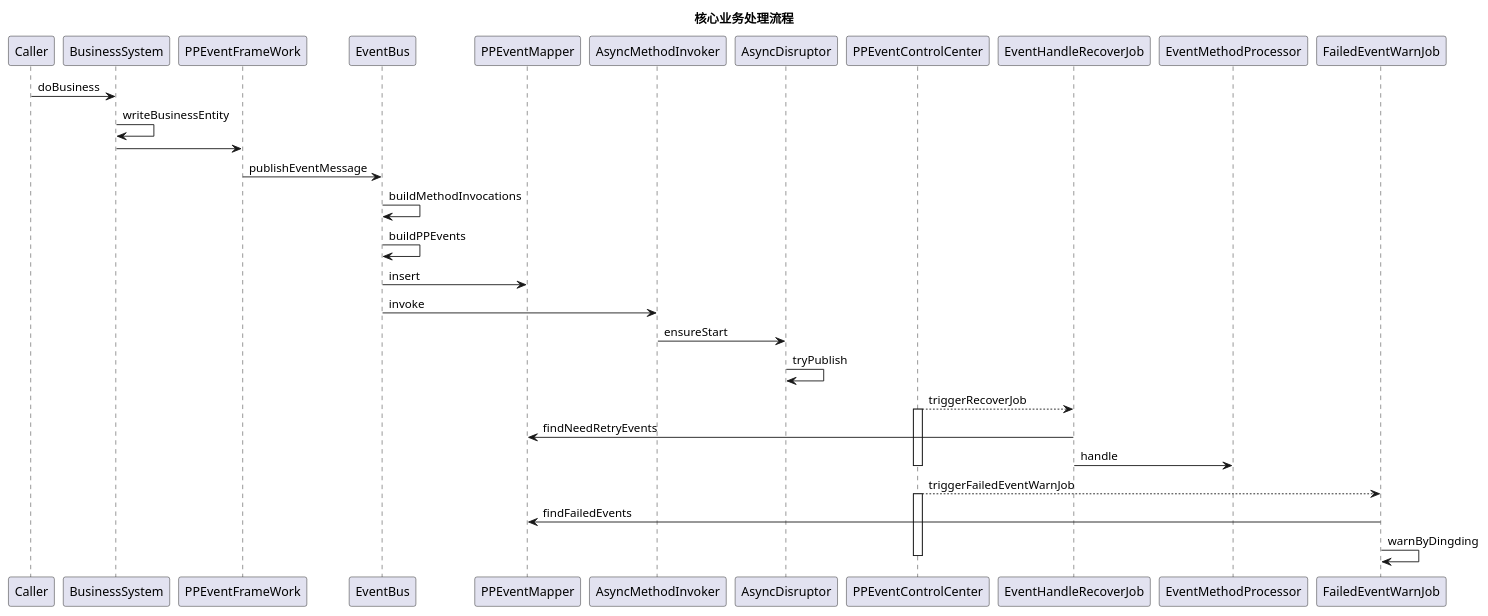
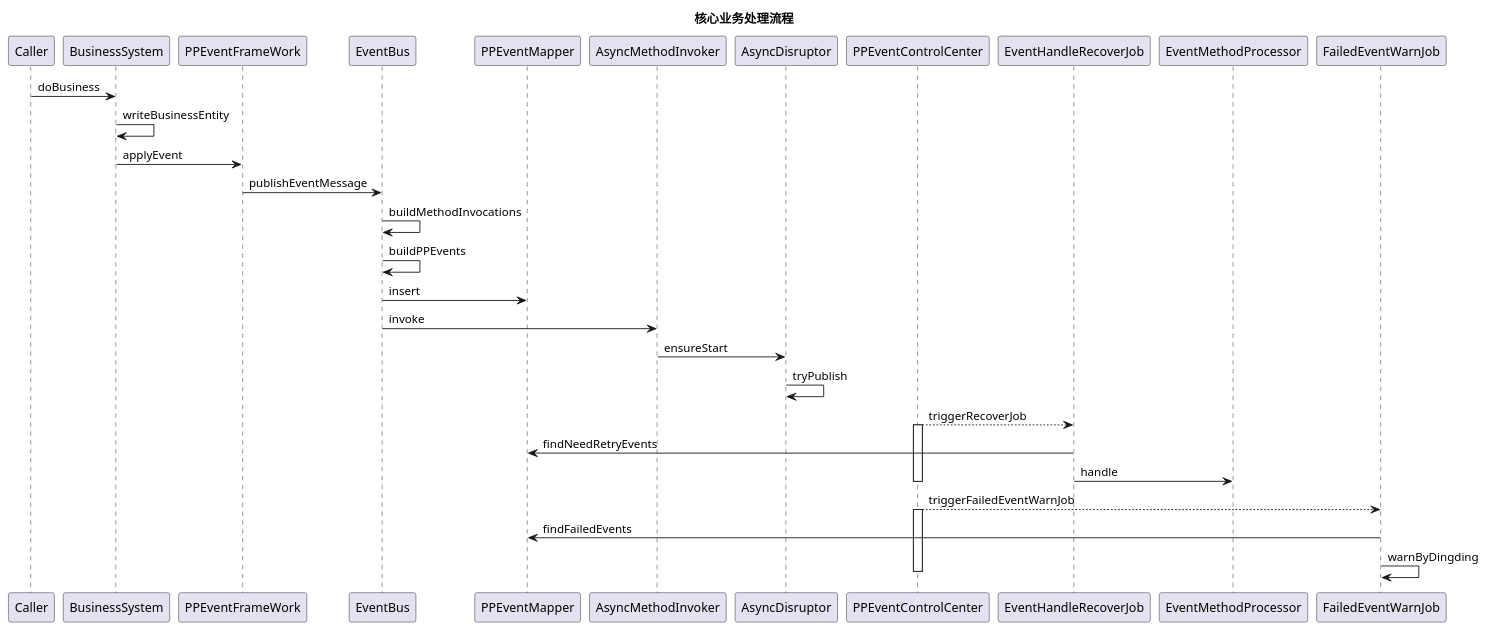
Before and after one commit to suogongy/pp-event: the diagram in design/event_handle_seq.puml, drawn with PlantUML. The commit also changed 22 other files, not shown here.

```diff
--- a/design/event_handle_seq.puml
+++ b/design/event_handle_seq.puml
@@ -1,27 +1,27 @@
 @startuml
 title 核心业务处理流程
 Caller -> BusinessSystem: doBusiness
 BusinessSystem -> BusinessSystem: writeBusinessEntity
-BusinessSystem ->PPEventFrameWork:
+BusinessSystem ->PPEventFrameWork: applyEvent
 
 
 PPEventFrameWork -> EventBus: publishEventMessage
 EventBus -> EventBus: buildMethodInvocations
 EventBus -> EventBus: buildPPEvents
 EventBus -> PPEventMapper:insert
 EventBus -> AsyncMethodInvoker:invoke
 AsyncMethodInvoker -> AsyncDisruptor:ensureStart
 AsyncDisruptor -> AsyncDisruptor:tryPublish
 
 PPEventControlCenter--> EventHandleRecoverJob: triggerRecoverJob
 activate PPEventControlCenter
 EventHandleRecoverJob-> PPEventMapper: findNeedRetryEvents
 EventHandleRecoverJob-> EventMethodProcessor: handle
 deactivate PPEventControlCenter
 
 PPEventControlCenter--> FailedEventWarnJob: triggerFailedEventWarnJob
 activate PPEventControlCenter
 FailedEventWarnJob-> PPEventMapper: findFailedEvents
 FailedEventWarnJob-> FailedEventWarnJob: warnByDingding
 deactivate PPEventControlCenter
 @enduml
```
